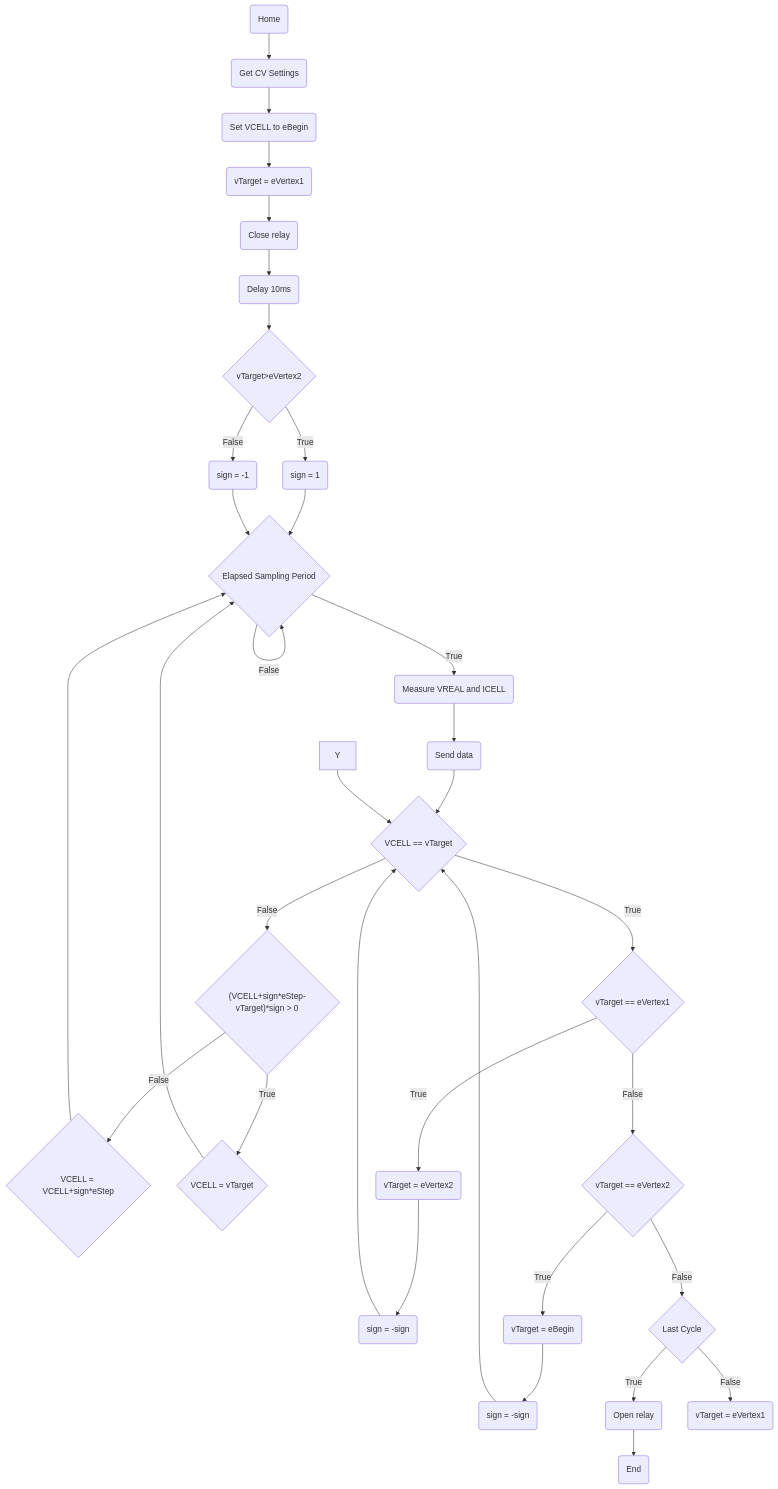
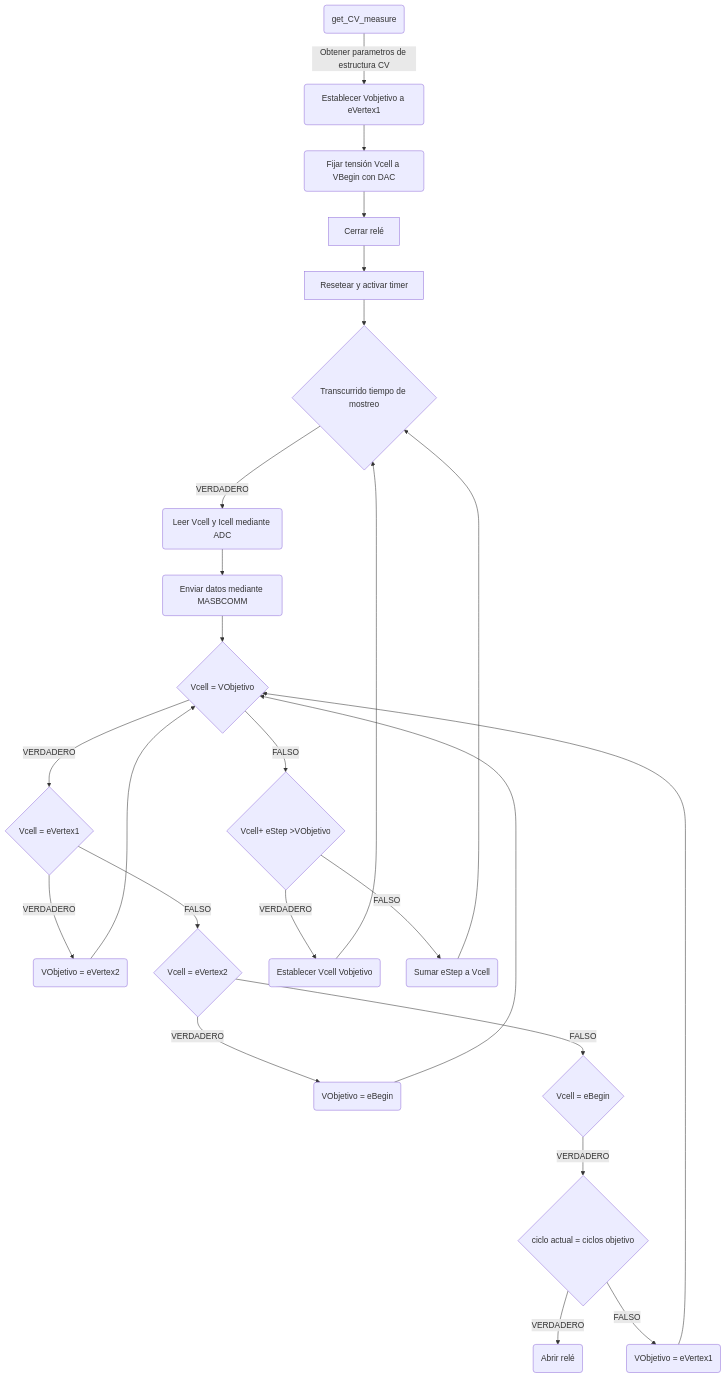
The first of 2 diagrams in content/projects/student-projects/2023/masb-pot-s-xavi-2/readme.en.md (TheAlbertDev/MASB), drawn with Mermaid before and after one commit. The commit also changed other lines of this file and 1 other file, not shown here.

````diff
--- a/content/projects/student-projects/2023/masb-pot-s-xavi-2/readme.en.md
+++ b/content/projects/student-projects/2023/masb-pot-s-xavi-2/readme.en.md
@@ -187,35 +116,30 @@
 ```mermaid
-graph TD
-    A(Home) --> B(Get CV Settings)
-    B --> C(Set VCELL to eBegin)
-    C --> D(vTarget = eVertex1)
-    D --> E(Close relay)
-    E --> K(Delay 10ms)
-    K --> L{vTarget>eVertex2}
-    L -->|False| M(sign = -1)
-    L -->|True| N(sign = 1)
-    N --> F{Elapsed Sampling Period}
-    M --> F
-    F -->|False| F
-    F -->|True| G(Measure VREAL and ICELL)
-    G --> H(Send data)
-    H --> I{VCELL == vTarget}
-    I -->|False| J{"(VCELL+sign*eStep-vTarget)*sign > 0"}
-    J -->|False| OR{VCELL = VCELL+sign*eStep}
-    J -->|True| P{VCELL = vTarget}
-    OR --> F
-    P --> F
-    I -->|True| Q{vTarget == eVertex1}
-    Q -->|True| R(vTarget = eVertex2)
-    R --> S(sign = -sign)
-    S --> I
-    Q -->|False| T{vTarget == eVertex2}
-    T -->|True| U(vTarget = eBegin)
-    U --> V(sign = -sign)
-    V --> I
-    T -->|False| W{Last Cycle}
-    W -->|True| X(Open relay)
-    X --> Z(End)
-    W -->|False| AND(vTarget = eVertex1)
-    Y --> I
+flowchart TD
+    A(get_CV_measure) -->|Obtener parametros de estructura CV| B(Establecer Vobjetivo a eVertex1)
+    B -->C(Fijar tensión Vcell a VBegin con DAC)
+    C --> D[Cerrar relé]
+    D -->E[Resetear y activar timer]
+    E --> F{Transcurrido tiempo de mostreo}
+    F --> |VERDADERO| G(Leer Vcell y Icell mediante ADC)
+    G --> H(Enviar datos mediante MASBCOMM)
+    H --> J{Vcell = VObjetivo}
+    J --> |VERDADERO| K{Vcell = eVertex1}
+    K --> |VERDADERO| S(VObjetivo = eVertex2)
+    S --> J
+    K --> |FALSO| L{Vcell = eVertex2}
+    L --> |VERDADERO| T(VObjetivo = eBegin)
+    T --> J
+    L --> |FALSO| M{Vcell = eBegin}
+ 	M --> |VERDADERO| N{ciclo actual = ciclos objetivo}
+ 	N --> |VERDADERO| O(Abrir relé)
+ 	N --> |FALSO| U(VObjetivo = eVertex1)
+ 	U --> J
+ 	J --> |FALSO| P{Vcell+ eStep >VObjetivo}
+ 	P --> |VERDADERO| Q(Establecer Vcell Vobjetivo)
+ 	Q --> F
+ 	P --> |FALSO| R(Sumar eStep a Vcell)
+ 	R --> F
+ 	
+
+ 
 ```
````
